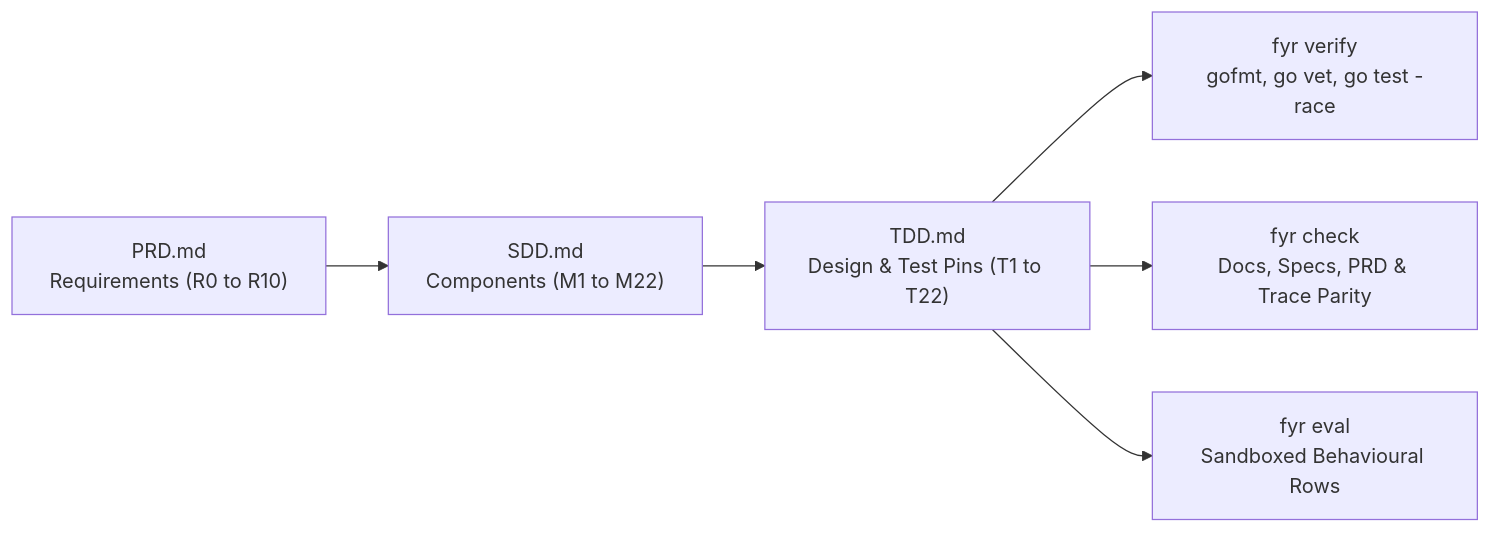
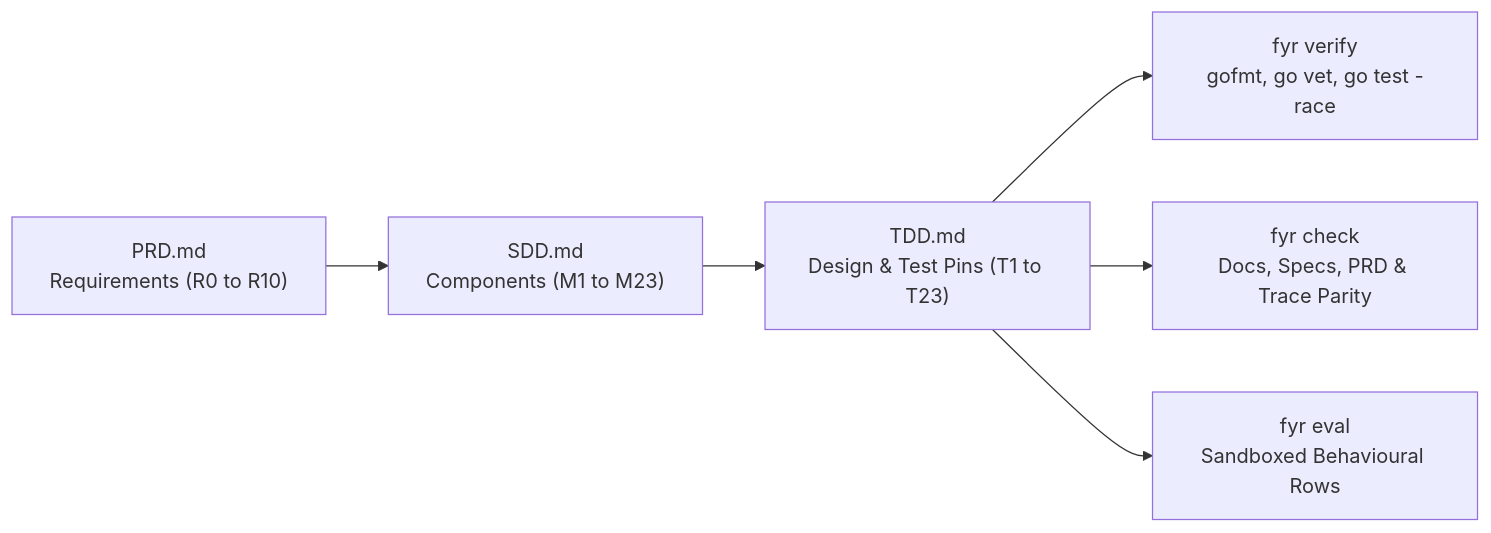
The diagram in TDD.md (kesokaj/fyr), drawn with Mermaid before and after one commit. The commit also changed other lines of this file and 9 other files, not shown here.

````diff
--- a/TDD.md
+++ b/TDD.md
@@ -11,8 +11,8 @@
 ```mermaid
 flowchart LR
-    prd["PRD.md\nRequirements (R0 to R10)"] --> sdd["SDD.md\nComponents (M1 to M22)"]
-    sdd --> tdd["TDD.md\nDesign & Test Pins (T1 to T22)"]
+    prd["PRD.md\nRequirements (R0 to R10)"] --> sdd["SDD.md\nComponents (M1 to M23)"]
+    sdd --> tdd["TDD.md\nDesign & Test Pins (T1 to T23)"]
     tdd --> verify["fyr verify\ngofmt, go vet, go test -race"]
     tdd --> check["fyr check\nDocs, Specs, PRD & Trace Parity"]
     tdd --> eval["fyr eval\nSandboxed Behavioural Rows"]
 ```
````
